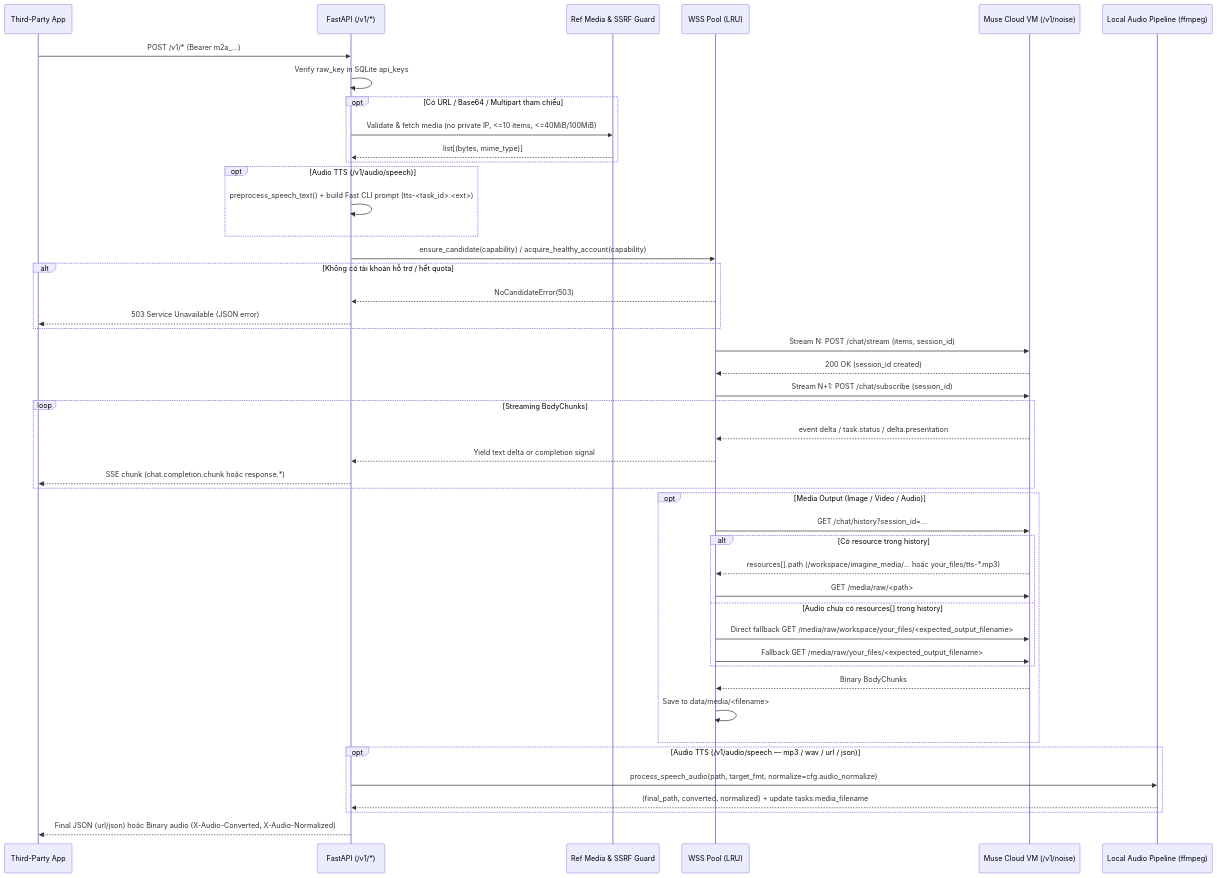
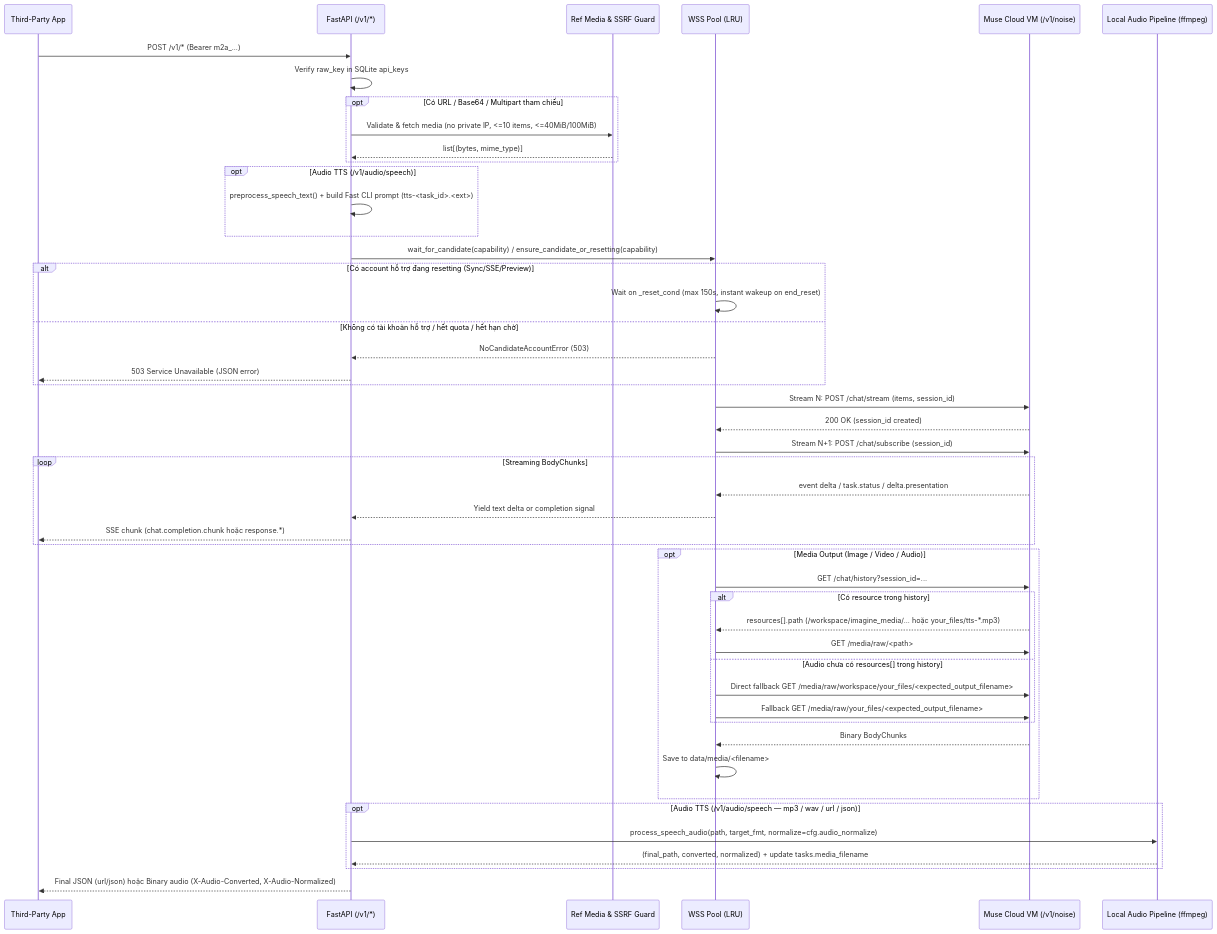
The diagram in docs/03_features/02_openai_api_and_keys/logic.md (nguyenduclong-ict/muse2api), drawn with Mermaid before and after one commit. The commit also changed other lines of this file and 16 other files, not shown here.

````diff
--- a/docs/03_features/02_openai_api_and_keys/logic.md
+++ b/docs/03_features/02_openai_api_and_keys/logic.md
@@ -5,49 +5,51 @@
 ```mermaid
 sequenceDiagram
     participant App as Third-Party App
     participant API as FastAPI (/v1/*)
     participant Guard as Ref Media & SSRF Guard
     participant Pool as WSS Pool (LRU)
     participant VM as Muse Cloud VM (/v1/noise)
     participant AudioFmt as Local Audio Pipeline (ffmpeg)
 
     App->>API: POST /v1/* (Bearer m2a_...)
     API->>API: Verify raw_key in SQLite api_keys
     opt Có URL / Base64 / Multipart tham chiếu
         API->>Guard: Validate & fetch media (no private IP, <=10 items, <=40MiB/100MiB)
         Guard-->>API: list[(bytes, mime_type)]
     end
     opt Audio TTS (/v1/audio/speech)
         API->>API: preprocess_speech_text() + build Fast CLI prompt (tts-<task_id>.<ext>)
     end
-    API->>Pool: ensure_candidate(capability) / acquire_healthy_account(capability)
-    alt Không có tài khoản hỗ trợ / hết quota
-        Pool-->>API: NoCandidateError(503)
+    API->>Pool: wait_for_candidate(capability) / ensure_candidate_or_resetting(capability)
+    alt Có account hỗ trợ đang resetting (Sync/SSE/Preview)
+        Pool->>Pool: Wait on _reset_cond (max 150s, instant wakeup on end_reset)
+    else Không có tài khoản hỗ trợ / hết quota / hết hạn chờ
+        Pool-->>API: NoCandidateAccountError (503)
         API-->>App: 503 Service Unavailable (JSON error)
     end
     Pool->>VM: Stream N: POST /chat/stream (items, session_id)
     VM-->>Pool: 200 OK (session_id created)
     Pool->>VM: Stream N+1: POST /chat/subscribe (session_id)
     loop Streaming BodyChunks
         VM-->>Pool: event delta / task.status / delta.presentation
         Pool-->>API: Yield text delta or completion signal
         API-->>App: SSE chunk (chat.completion.chunk hoặc response.*)
     end
     opt Media Output (Image / Video / Audio)
         Pool->>VM: GET /chat/history?session_id=...
         alt Có resource trong history
             VM-->>Pool: resources[].path (/workspace/imagine_media/... hoặc your_files/tts-*.mp3)
             Pool->>VM: GET /media/raw/<path>
         else Audio chưa có resources[] trong history
             Pool->>VM: Direct fallback GET /media/raw/workspace/your_files/<expected_output_filename>
             Pool->>VM: Fallback GET /media/raw/your_files/<expected_output_filename>
         end
         VM-->>Pool: Binary BodyChunks
         Pool->>Pool: Save to data/media/<filename>
     end
     opt Audio TTS (/v1/audio/speech — mp3 / wav / url / json)
         API->>AudioFmt: process_speech_audio(path, target_fmt, normalize=cfg.audio_normalize)
         AudioFmt-->>API: (final_path, converted, normalized) + update tasks.media_filename
     end
     API-->>App: Final JSON (url/json) hoặc Binary audio (X-Audio-Converted, X-Audio-Normalized)
 ```
````
